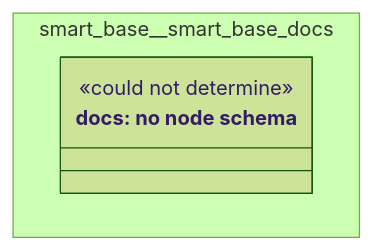
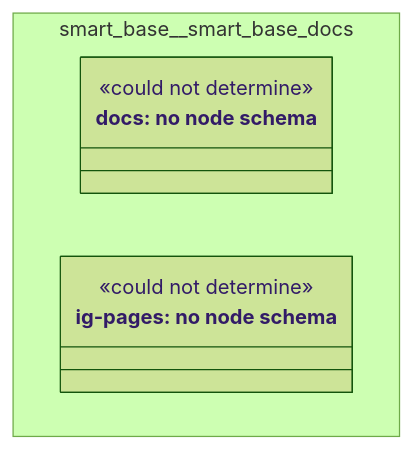
One commit to litlfred/folio-assistant changed the diagram in cat-harness/docs/uml/overview/smart-base/smart-base-docs.md. Above: the diagram before and after it, drawn with Mermaid (forest theme). The commit also changed other lines of this file and 36 other files, not shown here.

First line of the commit message:
nama step 3: gen-ig-pages @covers ig-pages; regenerate UML and site data for the new kind

````diff
--- a/cat-harness/docs/uml/overview/smart-base/smart-base-docs.md
+++ b/cat-harness/docs/uml/overview/smart-base/smart-base-docs.md
@@ -42,11 +42,16 @@
 ```mermaid
 classDiagram
   direction TB
   namespace smart_base__smart_base_docs {
     class n_smart_base_smart_base_docs_docs["docs: no node schema"] {
       <<could not determine>>
     }
+    class n_smart_base_smart_base_docs_ig_pages["ig-pages: no node schema"] {
+      <<could not determine>>
+    }
   }
   cssClass "n_smart_base_smart_base_docs_docs" fa_uml_kind_docs
   cssClass "n_smart_base_smart_base_docs_docs" fa_uml_undetermined
+  cssClass "n_smart_base_smart_base_docs_ig_pages" fa_uml_kind_ig_pages
+  cssClass "n_smart_base_smart_base_docs_ig_pages" fa_uml_undetermined
 ```
````
